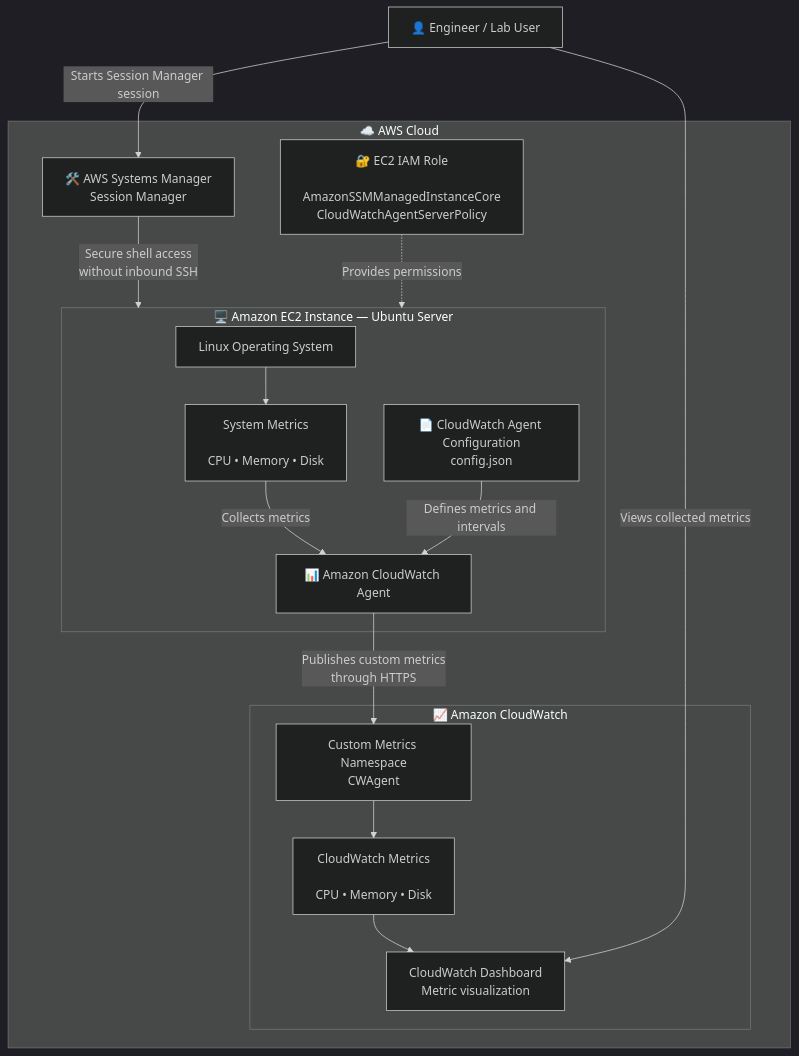
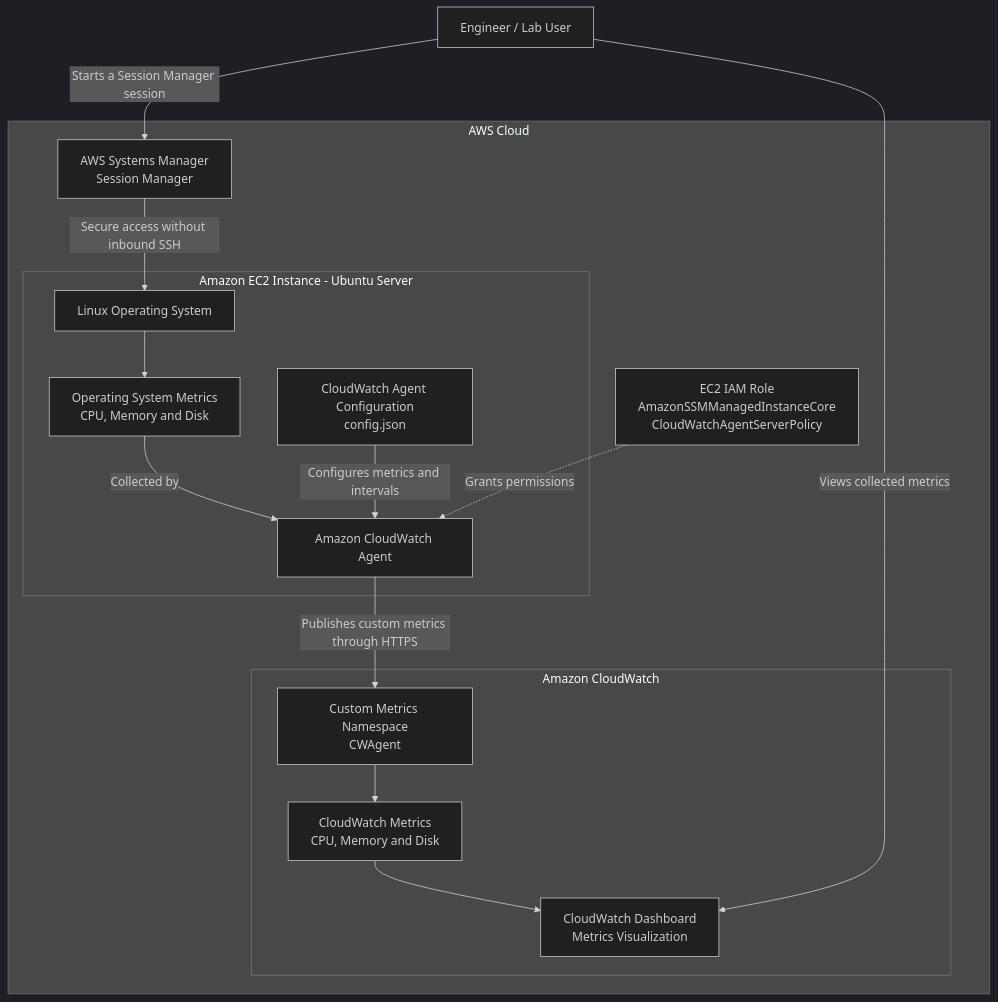
The diagram in labs/02-ec2-monitoring-with-cloudwatch-agent/README.md (itamarsb/aws-cloud-engineering-lab), drawn with Mermaid (dark theme) before and after one commit. The commit also changed other lines of this file, not shown here.

````diff
--- a/labs/02-ec2-monitoring-with-cloudwatch-agent/README.md
+++ b/labs/02-ec2-monitoring-with-cloudwatch-agent/README.md
@@ -33,46 +33,46 @@
-```Mermaid
+```mermaid
 flowchart TB
 
-    USER["👤 Engineer / Lab User"]
+    USER["Engineer / Lab User"]
 
-    subgraph AWS["☁️ AWS Cloud"]
+    subgraph AWS["AWS Cloud"]
 
-        SSM["🛠️ AWS Systems Manager<br/>Session Manager"]
+        SSM["AWS Systems Manager<br>Session Manager"]
 
-        IAM["🔐 EC2 IAM Role<br/><br/>AmazonSSMManagedInstanceCore<br/>CloudWatchAgentServerPolicy"]
+        IAM["EC2 IAM Role<br>AmazonSSMManagedInstanceCore<br>CloudWatchAgentServerPolicy"]
 
-        subgraph EC2["🖥️ Amazon EC2 Instance — Ubuntu Server"]
+        subgraph EC2["Amazon EC2 Instance - Ubuntu Server"]
 
             OS["Linux Operating System"]
 
-            SYSTEM_METRICS["System Metrics<br/><br/>CPU • Memory • Disk"]
+            SYSTEM_METRICS["Operating System Metrics<br>CPU, Memory and Disk"]
 
-            CONFIG["📄 CloudWatch Agent Configuration<br/>config.json"]
+            CONFIG["CloudWatch Agent Configuration<br>config.json"]
 
-            AGENT["📊 Amazon CloudWatch Agent"]
+            AGENT["Amazon CloudWatch Agent"]
 
             OS --> SYSTEM_METRICS
-            SYSTEM_METRICS -->|"Collects metrics"| AGENT
-            CONFIG -->|"Defines metrics and intervals"| AGENT
+            SYSTEM_METRICS -->|"Collected by"| AGENT
+            CONFIG -->|"Configures metrics and intervals"| AGENT
         end
 
-        subgraph CW["📈 Amazon CloudWatch"]
+        subgraph CW["Amazon CloudWatch"]
 
-            NAMESPACE["Custom Metrics Namespace<br/>CWAgent"]
+            NAMESPACE["Custom Metrics Namespace<br>CWAgent"]
 
-            METRICS["CloudWatch Metrics<br/><br/>CPU • Memory • Disk"]
+            METRICS["CloudWatch Metrics<br>CPU, Memory and Disk"]
 
-            DASHBOARD["CloudWatch Dashboard<br/>Metric visualization"]
+            DASHBOARD["CloudWatch Dashboard<br>Metrics Visualization"]
 
             NAMESPACE --> METRICS
             METRICS --> DASHBOARD
         end
 
-        SSM -->|"Secure shell access<br/>without inbound SSH"| EC2
-        IAM -.->|"Provides permissions"| EC2
-        AGENT -->|"Publishes custom metrics<br/>through HTTPS"| NAMESPACE
+        SSM -->|"Secure access without inbound SSH"| OS
+        IAM -.->|"Grants permissions"| AGENT
+        AGENT -->|"Publishes custom metrics through HTTPS"| NAMESPACE
     end
 
-    USER -->|"Starts Session Manager session"| SSM
+    USER -->|"Starts a Session Manager session"| SSM
     USER -->|"Views collected metrics"| DASHBOARD
 ```
````
